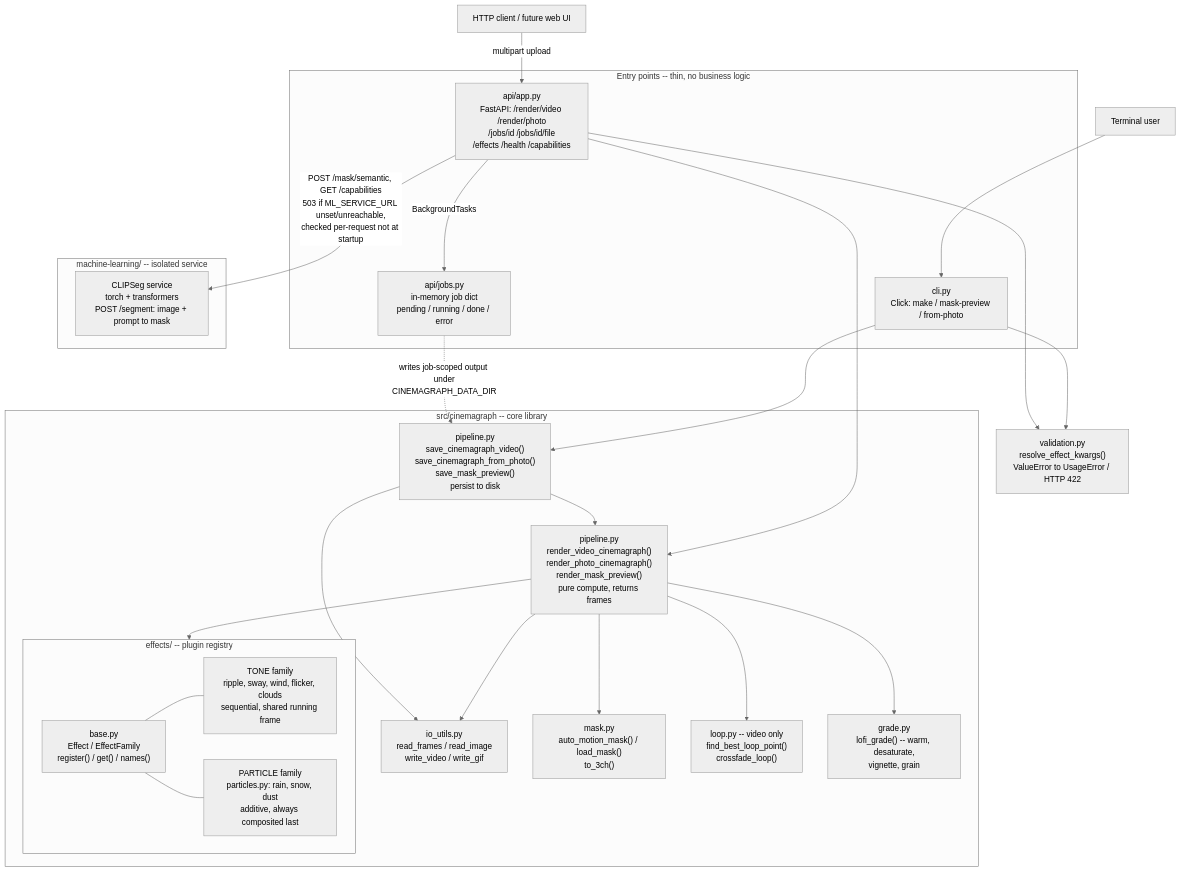
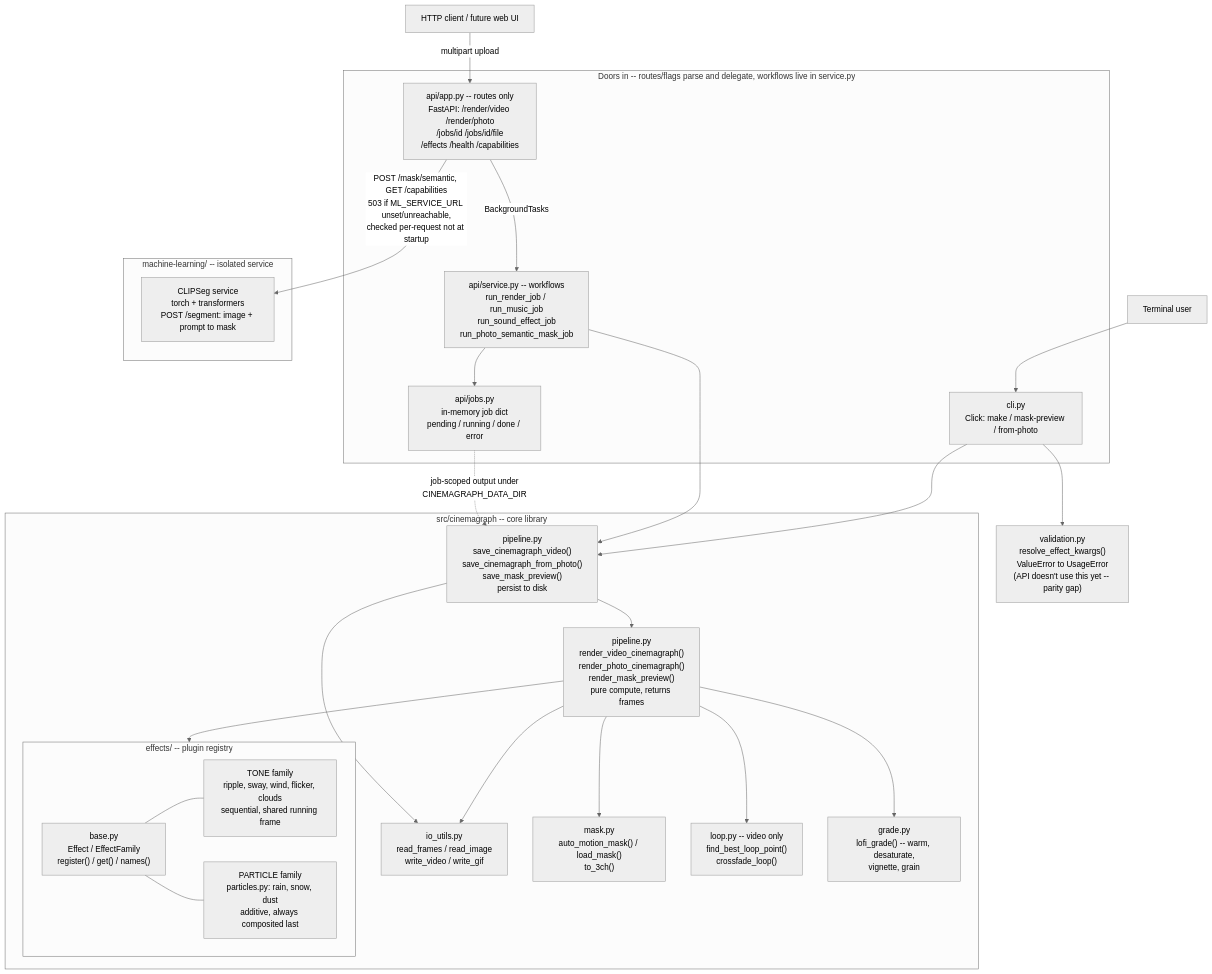
The first of 2 diagrams in README.md (glb99/cinemagraph), drawn with Mermaid (neutral theme) before and after one commit. The commit also changed other lines of this file and 5 other files, not shown here.

````diff
--- a/README.md
+++ b/README.md
@@ -228,55 +243,56 @@
 ```mermaid
 flowchart TB
     TermUser["Terminal user"]
     HttpUser["HTTP client / future web UI"]
 
     TermUser --> CLI
     HttpUser -->|"multipart upload"| API
 
-    subgraph EntryPoints["Entry points -- thin, no business logic"]
+    subgraph EntryPoints["Doors in -- routes/flags parse and delegate, workflows live in service.py"]
         CLI["cli.py<br/>Click: make / mask-preview / from-photo"]
-        API["api/app.py<br/>FastAPI: /render/video /render/photo<br/>/jobs/id /jobs/id/file<br/>/effects /health /capabilities"]
+        API["api/app.py -- routes only<br/>FastAPI: /render/video /render/photo<br/>/jobs/id /jobs/id/file<br/>/effects /health /capabilities"]
+        Service["api/service.py -- workflows<br/>run_render_job / run_music_job<br/>run_sound_effect_job<br/>run_photo_semantic_mask_job"]
         Jobs["api/jobs.py<br/>in-memory job dict<br/>pending / running / done / error"]
-        API -->|"BackgroundTasks"| Jobs
+        API -->|"BackgroundTasks"| Service
+        Service --> Jobs
     end
 
     CLI --> Validation
-    API --> Validation
-    Validation["validation.py<br/>resolve_effect_kwargs()<br/>ValueError to UsageError / HTTP 422"]
+    Validation["validation.py<br/>resolve_effect_kwargs()<br/>ValueError to UsageError<br/>(API doesn't use this yet -- parity gap)"]
 
     CLI --> Save
-    API --> Render
-    Jobs -.->|"writes job-scoped output under<br/>CINEMAGRAPH_DATA_DIR"| Save
+    Service --> Save
+    Jobs -.->|"job-scoped output under<br/>CINEMAGRAPH_DATA_DIR"| Save
 
     subgraph CoreLib["src/cinemagraph -- core library"]
         Save["pipeline.py<br/>save_cinemagraph_video()<br/>save_cinemagraph_from_photo()<br/>save_mask_preview()<br/>persist to disk"]
         Render["pipeline.py<br/>render_video_cinemagraph()<br/>render_photo_cinemagraph()<br/>render_mask_preview()<br/>pure compute, returns frames"]
         Save --> Render
 
         IO["io_utils.py<br/>read_frames / read_image<br/>write_video / write_gif"]
         Mask["mask.py<br/>auto_motion_mask() / load_mask()<br/>to_3ch()"]
         Loop["loop.py -- video only<br/>find_best_loop_point()<br/>crossfade_loop()"]
         Grade["grade.py<br/>lofi_grade() -- warm, desaturate,<br/>vignette, grain"]
 
         subgraph Effects["effects/ -- plugin registry"]
             Base["base.py<br/>Effect / EffectFamily<br/>register() / get() / names()"]
             Tone["TONE family<br/>ripple, sway, wind, flicker, clouds<br/>sequential, shared running frame"]
             Particle["PARTICLE family<br/>particles.py: rain, snow, dust<br/>additive, always composited last"]
             Base --- Tone
             Base --- Particle
         end
 
         Render --> IO
         Render --> Mask
         Render --> Loop
         Render --> Grade
         Render --> Effects
         Save --> IO
     end
 
     API -->|"POST /mask/semantic, GET /capabilities<br/>503 if ML_SERVICE_URL unset/unreachable,<br/>checked per-request not at startup"| MLService
 
     subgraph MachineLearning["machine-learning/ -- isolated service"]
         MLService["CLIPSeg service<br/>torch + transformers<br/>POST /segment: image + prompt to mask"]
     end
 ```
````
